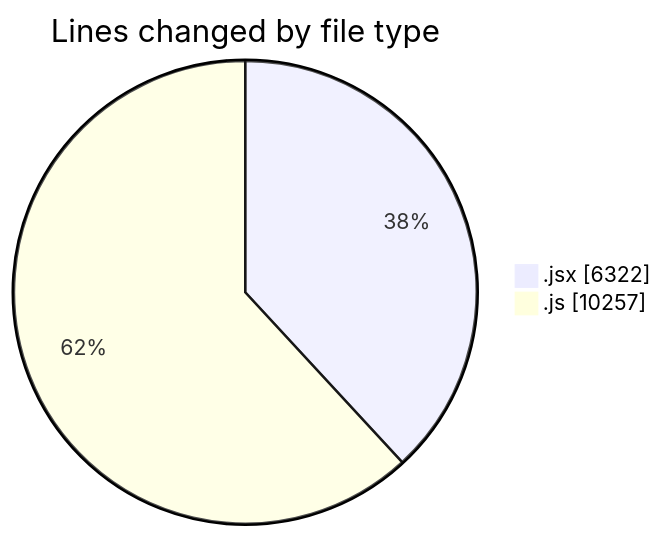
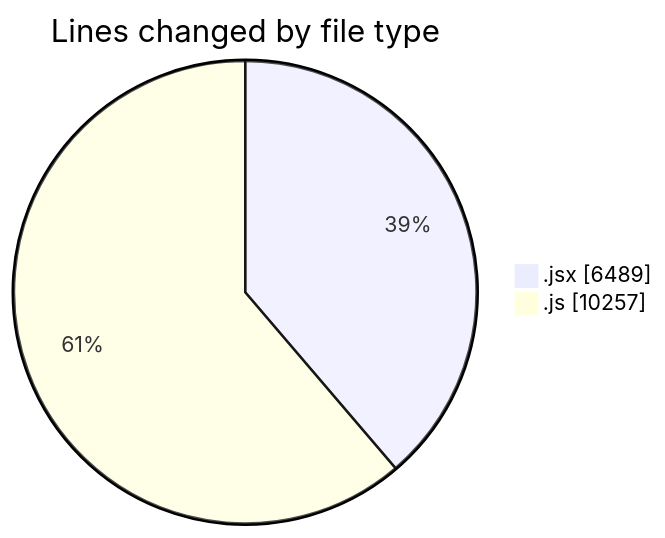
One commit to nxtqubesakshisongat/code-tracking changed the first of 2 diagrams in 2025-09-28/nxtqube_webapp/README.md. Above: the diagram before and after it, drawn with Mermaid. The commit also changed other lines of this file and 1 other file, not shown here.

````diff
--- a/2025-09-28/nxtqube_webapp/README.md
+++ b/2025-09-28/nxtqube_webapp/README.md
@@ -23,6 +23,6 @@
 ```mermaid
 pie showData
 title Lines changed by file type
-".jsx" : 6322
+".jsx" : 6489
 ".js" : 10257
 ```
````
